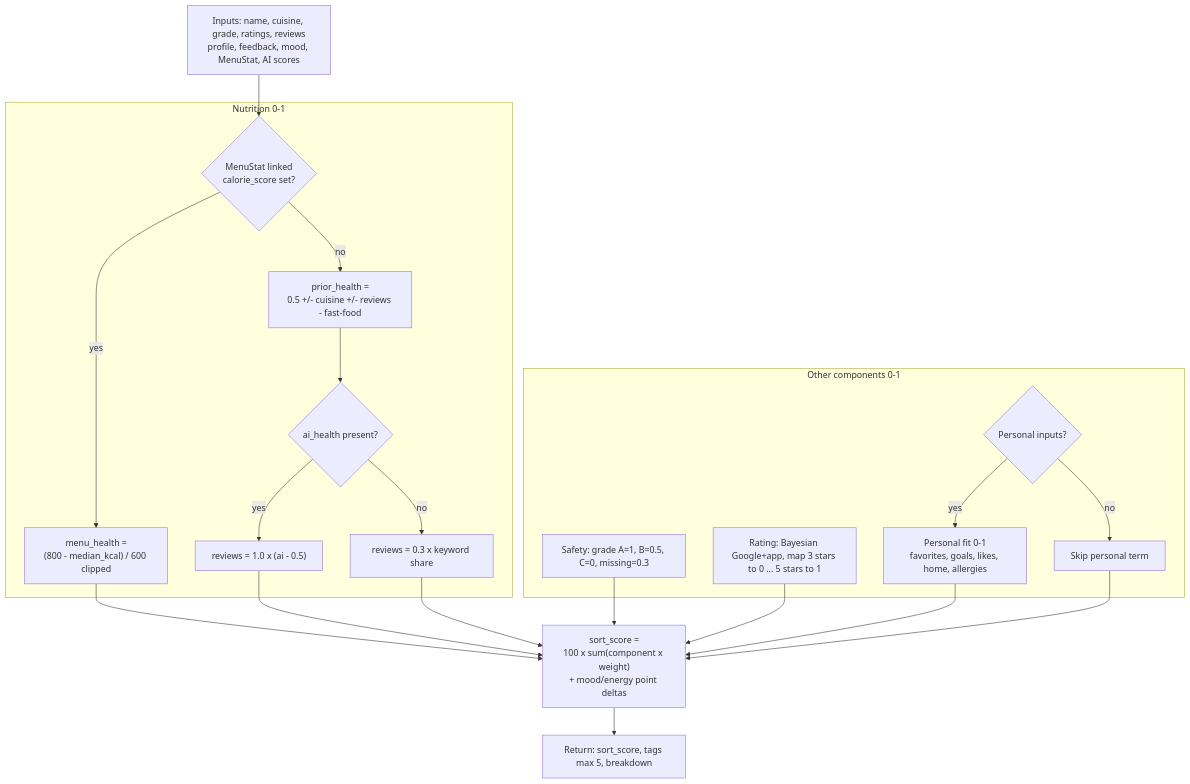
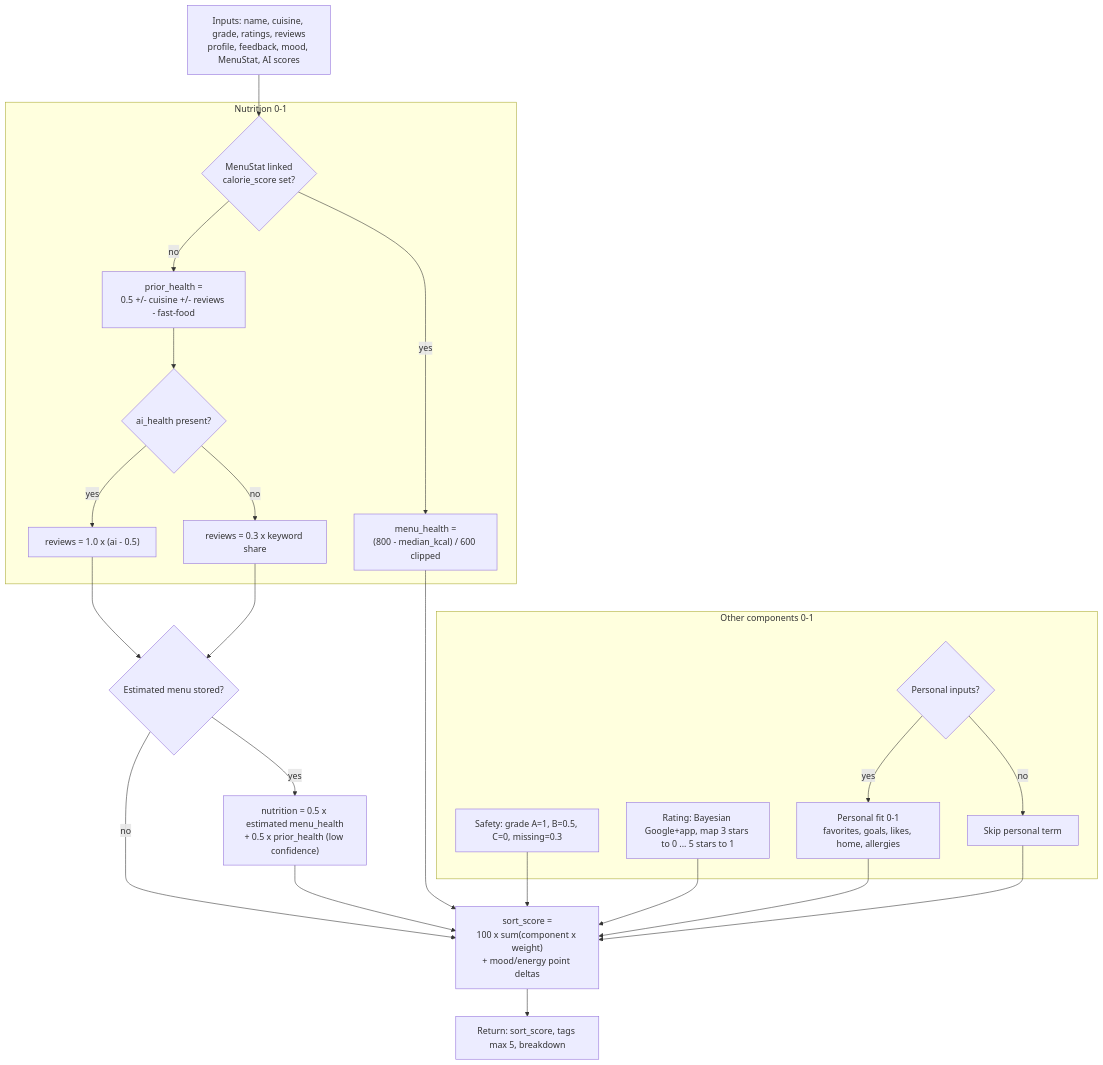
Before and after one commit to NovaBro/team-3-fall26: the second of 5 diagrams in md_guides/scoring-pipeline.md, drawn with Mermaid. The commit also changed other lines of this file and 22 other files, not shown here.

````diff
--- a/md_guides/scoring-pipeline.md
+++ b/md_guides/scoring-pipeline.md
@@ -59,33 +63,36 @@
 ```mermaid
 flowchart TD
   IN["Inputs: name, cuisine, grade, ratings, reviews<br/>profile, feedback, mood, MenuStat, AI scores"] --> NUT
 
   subgraph nutrition [Nutrition 0-1]
     NUT{"MenuStat linked<br/>calorie_score set?"}
     NUT -->|yes| MENU["menu_health =<br/>(800 - median_kcal) / 600 clipped"]
     NUT -->|no| PRIOR["prior_health =<br/>0.5 +/- cuisine +/- reviews - fast-food"]
     PRIOR --> REV{ai_health present?}
     REV -->|yes| AI["reviews = 1.0 x (ai - 0.5)"]
     REV -->|no| KW["reviews = 0.3 x keyword share"]
   end
 
+  AI --> EST{Estimated menu stored?}
+  KW --> EST
+  EST -->|yes| MIX["nutrition = 0.5 x estimated menu_health<br/>+ 0.5 x prior_health (low confidence)"]
+  EST -->|no| BLEND
+  MIX --> BLEND
   MENU --> BLEND
-  AI --> BLEND
-  KW --> BLEND
 
   subgraph other [Other components 0-1]
     SAFE["Safety: grade A=1, B=0.5, C=0, missing=0.3"]
     RATE["Rating: Bayesian Google+app, map 3 stars to 0 ... 5 stars to 1"]
     FIT{Personal inputs?}
     FIT -->|yes| PF["Personal fit 0-1<br/>favorites, goals, likes, home, allergies"]
     FIT -->|no| NOP[Skip personal term]
   end
 
   SAFE --> BLEND
   RATE --> BLEND
   PF --> BLEND
   NOP --> BLEND
 
   BLEND["sort_score =<br/>100 x sum(component x weight)<br/>+ mood/energy point deltas"]
   BLEND --> OUT["Return: sort_score, tags max 5, breakdown"]
 ```
````
